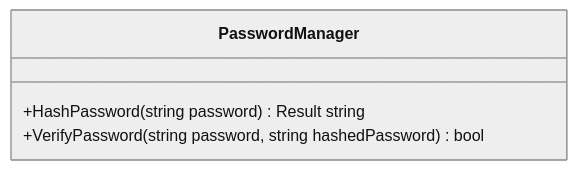
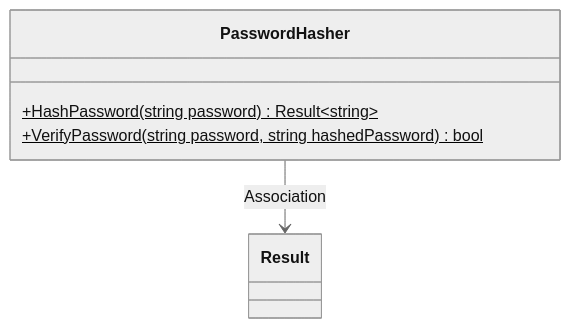
Before and after one commit to snicoper/agenda-manager-docs: the sixth of 7 diagrams in backend/source/Domain/Identity.md, drawn with Mermaid (neutral theme). The commit also changed other lines of this file and 1 other file, not shown here.

Commit message:
Revisadas relaciones diagrama

````diff
--- a/backend/source/Domain/Identity.md
+++ b/backend/source/Domain/Identity.md
@@ -152,7 +152,12 @@
 ```mermaid
 classDiagram
-    class PasswordManager {
-        +HashPassword(string password) Result string
-        +VerifyPassword(string password, string hashedPassword) bool
+    class PasswordHasher {
+        +HashPassword(string password) Result~string~$
+        +VerifyPassword(string password, string hashedPassword) bool$
     }
+
+    class Result {
+    }
+
+    PasswordHasher --> Result~string~ : Association
 ```
````
